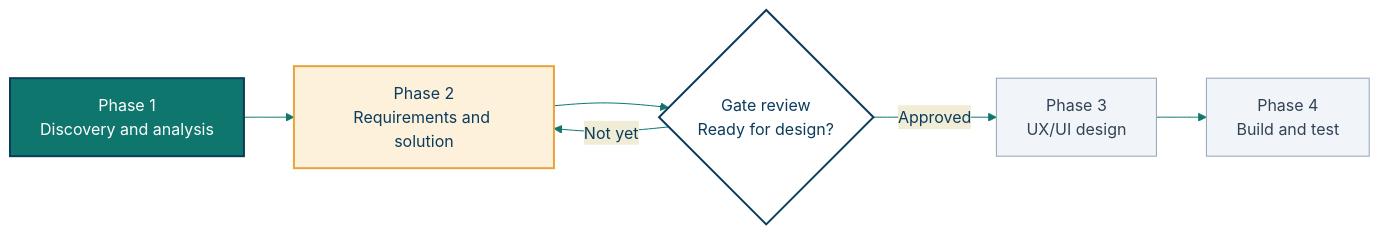
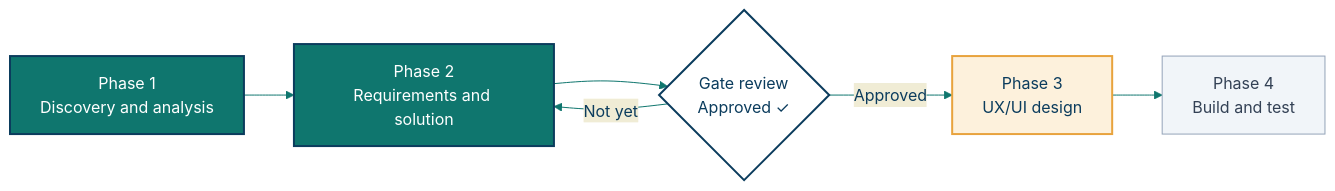
The diagram in README.md (nkosinathisya10/hospital-booking-business-analysis), drawn with Mermaid before and after one commit. The commit also changed other lines of this file and 1 other file, not shown here.

Commit message:
Update README and banner for Phase 2

````diff
--- a/README.md
+++ b/README.md
@@ -33,13 +36,13 @@
 ```mermaid
 %%{init: {'theme':'base','themeVariables':{'primaryColor':'#D5F0EC','primaryBorderColor':'#0F766E','primaryTextColor':'#0B3C5D','lineColor':'#0F766E','fontFamily':'Segoe UI, Arial'}}}%%
 flowchart LR
-    A["Phase 1<br/>Discovery and analysis"]:::done --> B["Phase 2<br/>Requirements and solution"]:::next
-    B --> C{"Gate review<br/>Ready for design?"}:::gate
-    C -->|Approved| D["Phase 3<br/>UX/UI design"]:::later
+    A["Phase 1<br/>Discovery and analysis"]:::done --> B["Phase 2<br/>Requirements and solution"]:::done
+    B --> C{"Gate review<br/>Approved ✓"}:::gate
+    C -->|Approved| D["Phase 3<br/>UX/UI design"]:::next
     D --> E["Phase 4<br/>Build and test"]:::later
     C -->|Not yet| B
     classDef done fill:#0F766E,stroke:#0B3C5D,color:#FFFFFF,stroke-width:2px
     classDef next fill:#FDF1DC,stroke:#E8A33D,color:#0B3C5D,stroke-width:2px
     classDef gate fill:#FFFFFF,stroke:#0B3C5D,color:#0B3C5D,stroke-width:2px
     classDef later fill:#F1F5F9,stroke:#94A3B8,color:#334155
 ```
````
